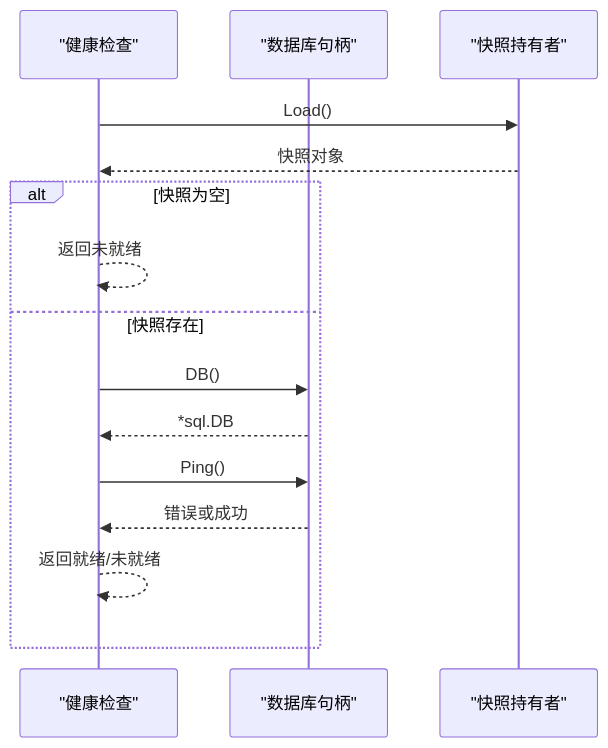
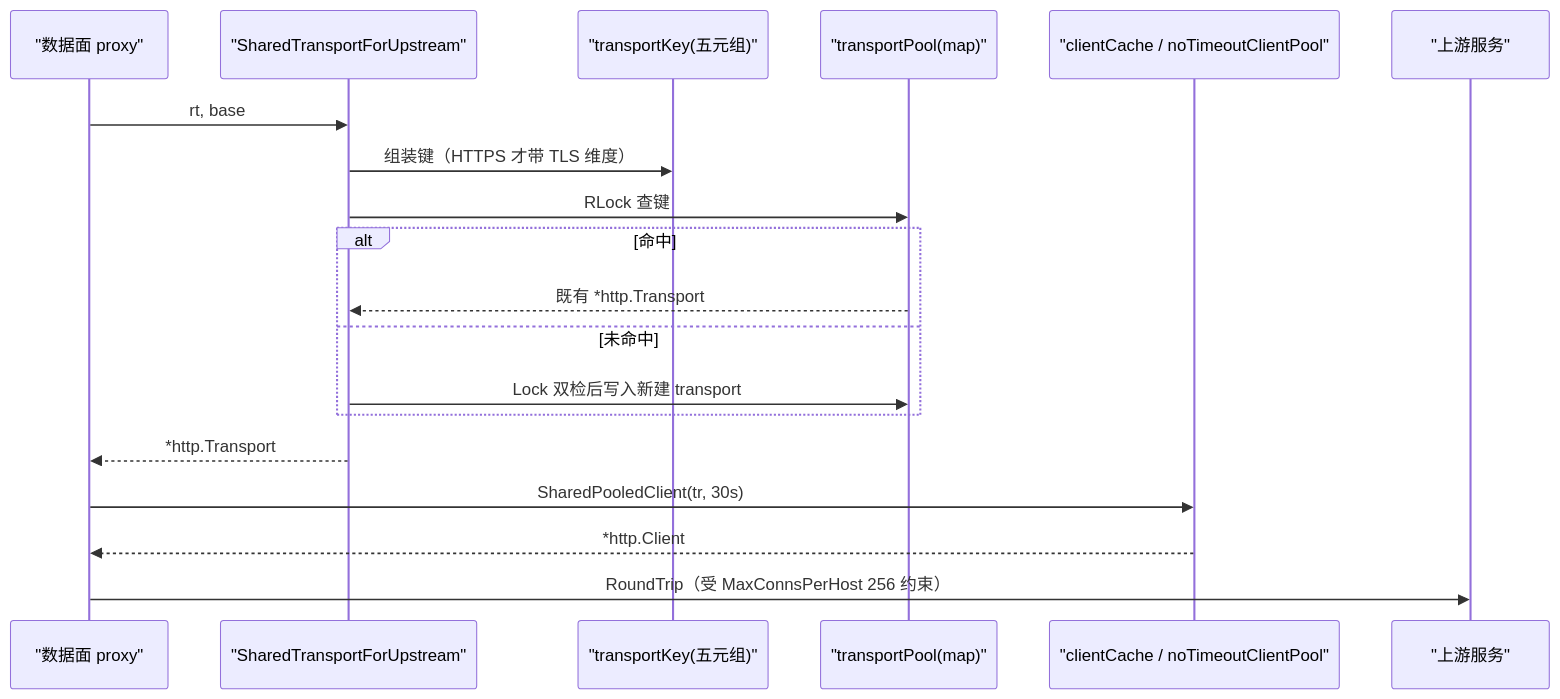
Before and after one commit to x01n/My-OpenWaf: the second of 4 diagrams in docs/扩展与插件系统/存储后端扩展/连接池管理.md, drawn with Mermaid. The commit also changed other lines of this file and 622 other files, not shown here.

````diff
--- a/docs/扩展与插件系统/存储后端扩展/连接池管理.md
+++ b/docs/扩展与插件系统/存储后端扩展/连接池管理.md
@@ -236,17 +140,21 @@
 ```mermaid
 sequenceDiagram
-participant HC as "健康检查"
-participant DB as "数据库句柄"
-participant Snap as "快照持有者"
-HC->>Snap : Load()
-Snap-->>HC : 快照对象
-alt 快照为空
-HC-->>HC : 返回未就绪
-else 快照存在
-HC->>DB : DB()
-DB-->>HC : *sql.DB
-HC->>DB : Ping()
-DB-->>HC : 错误或成功
-HC-->>HC : 返回就绪/未就绪
-end
+    participant P as "数据面 proxy"
+    participant ST as "SharedTransportForUpstream"
+    participant K as "transportKey(五元组)"
+    participant MAP as "transportPool(map)"
+    participant CP as "clientCache / noTimeoutClientPool"
+    participant UP as "上游服务"
+    P->>ST : rt, base
+    ST->>K : 组装键（HTTPS 才带 TLS 维度）
+    ST->>MAP : RLock 查键
+    alt 命中
+        MAP-->>ST : 既有 *http.Transport
+    else 未命中
+        ST->>MAP : Lock 双检后写入新建 transport
+    end
+    ST-->>P : *http.Transport
+    P->>CP : SharedPooledClient(tr, 30s)
+    CP-->>P : *http.Client
+    P->>UP : RoundTrip（受 MaxConnsPerHost 256 约束）
 ```
````
